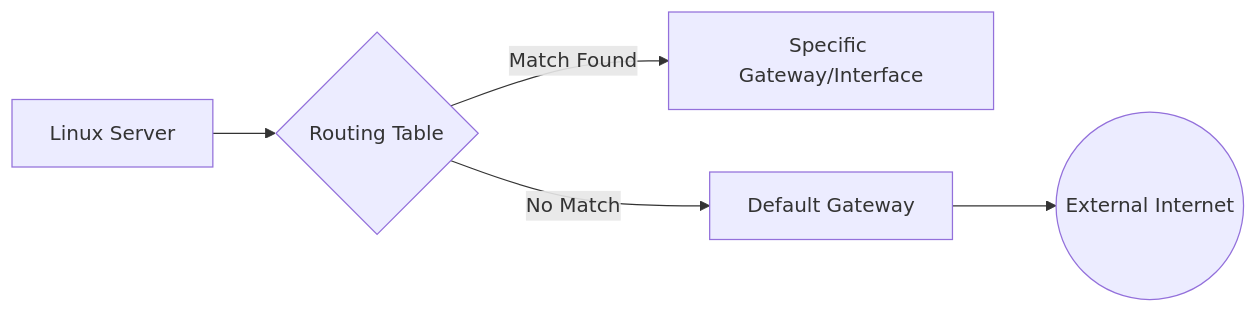
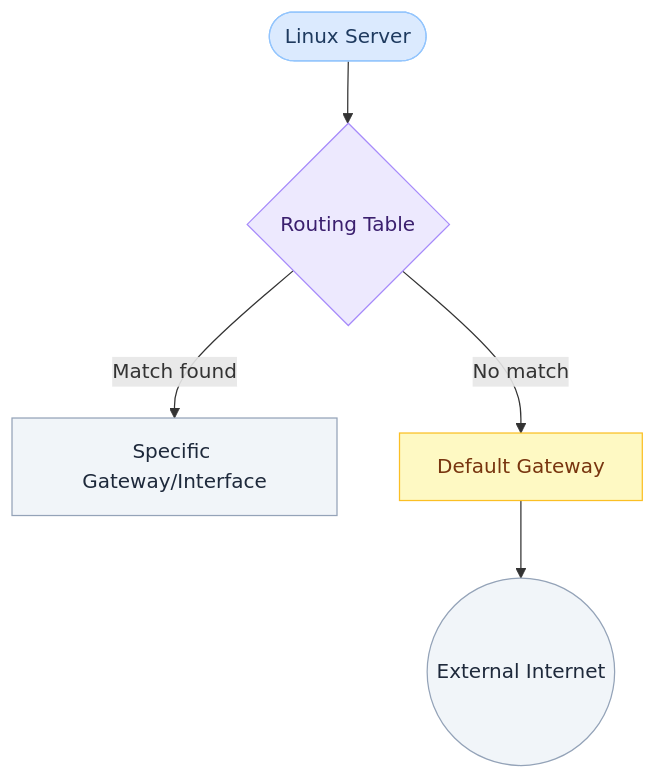
Before and after one commit to devopspilot1/devopspilot1.github.io: the diagram in docs/linux-commands/linux-routing-basics/index.md, drawn with Mermaid. The commit also changed 9 other files, not shown here.

Commit message:
refactor: modernize documentation diagrams by converting text-based graphics to styled Mermaid.js charts

````diff
--- a/docs/linux-commands/linux-routing-basics/index.md
+++ b/docs/linux-commands/linux-routing-basics/index.md
@@ -14,7 +14,18 @@
 ```mermaid
-graph LR
-    A[Linux Server] --> B{Routing Table}
-    B -- Match Found --> C[Specific Gateway/Interface]
-    B -- No Match --> D[Default Gateway]
-    D --> E((External Internet))
+graph TD
+    User([Linux Server]) --> RT{Routing Table}
+    RT -- "Match found" --> GW[Specific Gateway/Interface]
+    RT -- "No match" --> Default[Default Gateway]
+    Default --> Ext((External Internet))
+
+    classDef client   fill:#dbeafe,stroke:#93c5fd,color:#1e3a5f
+    classDef gateway  fill:#ede9fe,stroke:#a78bfa,color:#3b1f6e
+    classDef route    fill:#fef9c3,stroke:#fbbf24,color:#78350f
+    classDef external fill:#f1f5f9,stroke:#94a3b8,color:#1e293b
+
+    class User client
+    class RT gateway
+    class GW external
+    class Default route
+    class Ext external
 ```
````
